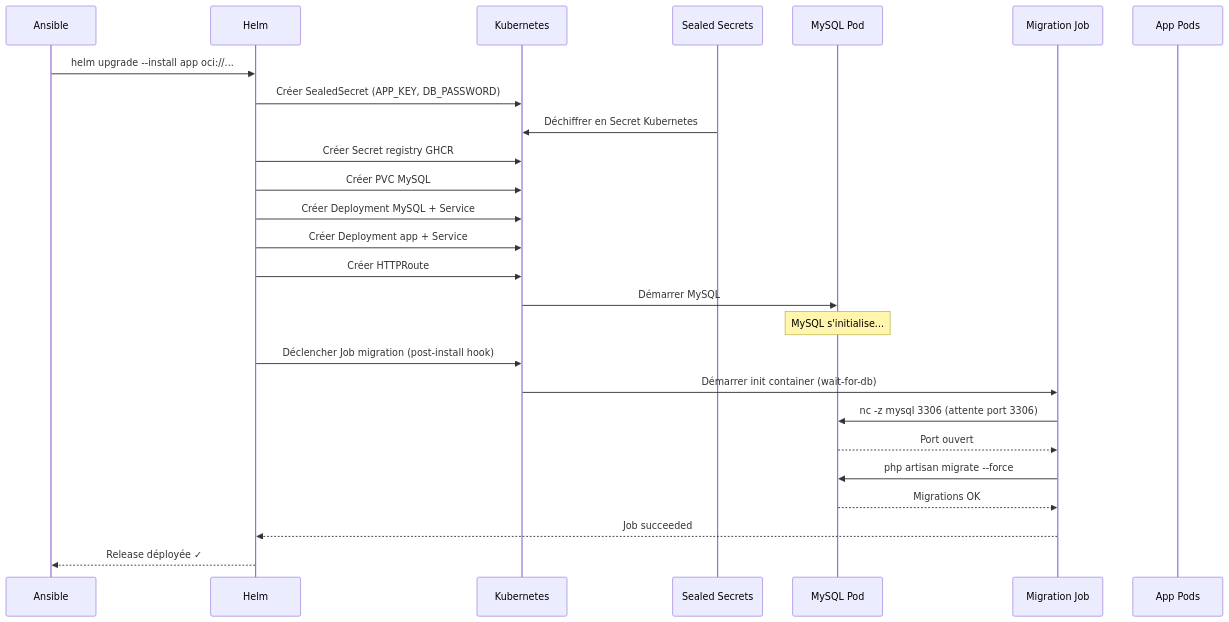
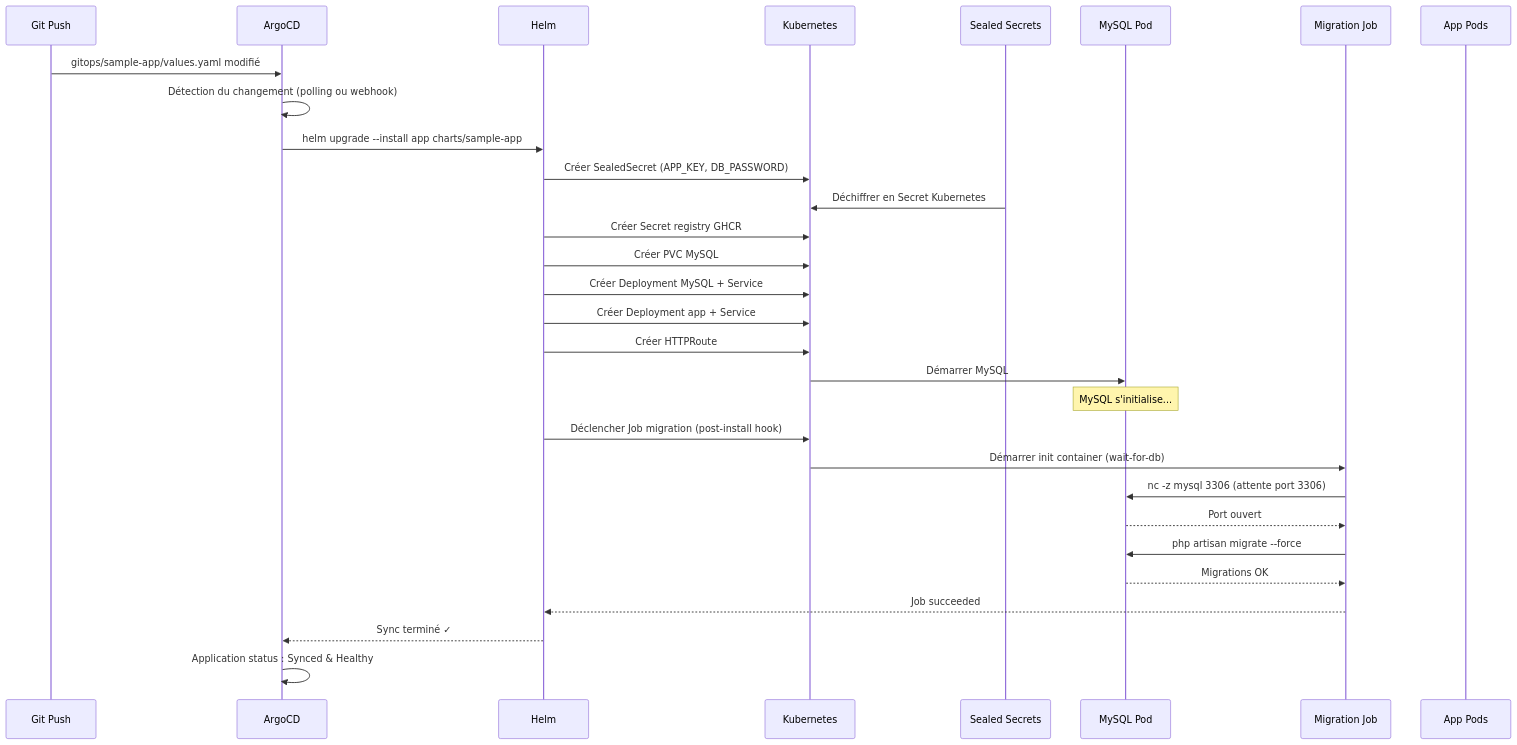
One commit to PikPakPik/T-CLO-902-NAN_1 changed the second of 2 diagrams in docs/deployment-flow.md. Above: the diagram before and after it, drawn with Mermaid. The commit also changed other lines of this file and 19 other files, not shown here.

````diff
--- a/docs/deployment-flow.md
+++ b/docs/deployment-flow.md
@@ -68,29 +66,33 @@
 ```mermaid
 sequenceDiagram
-    participant A as Ansible
+    participant G as Git Push
+    participant A as ArgoCD
     participant H as Helm
     participant K as Kubernetes
     participant S as Sealed Secrets
     participant M as MySQL Pod
     participant J as Migration Job
     participant P as App Pods
 
-    A->>H: helm upgrade --install app oci://...
+    G->>A: gitops/sample-app/values.yaml modifié
+    A->>A: Détection du changement (polling ou webhook)
+    A->>H: helm upgrade --install app charts/sample-app
     H->>K: Créer SealedSecret (APP_KEY, DB_PASSWORD)
     S->>K: Déchiffrer en Secret Kubernetes
     H->>K: Créer Secret registry GHCR
     H->>K: Créer PVC MySQL
     H->>K: Créer Deployment MySQL + Service
     H->>K: Créer Deployment app + Service
     H->>K: Créer HTTPRoute
     K->>M: Démarrer MySQL
     Note over M: MySQL s'initialise...
     H->>K: Déclencher Job migration (post-install hook)
     K->>J: Démarrer init container (wait-for-db)
     J->>M: nc -z mysql 3306 (attente port 3306)
     M-->>J: Port ouvert
     J->>M: php artisan migrate --force
     M-->>J: Migrations OK
     J-->>H: Job succeeded
-    H-->>A: Release déployée ✓
+    H-->>A: Sync terminé ✓
+    A->>A: Application status : Synced & Healthy
 ```
````
